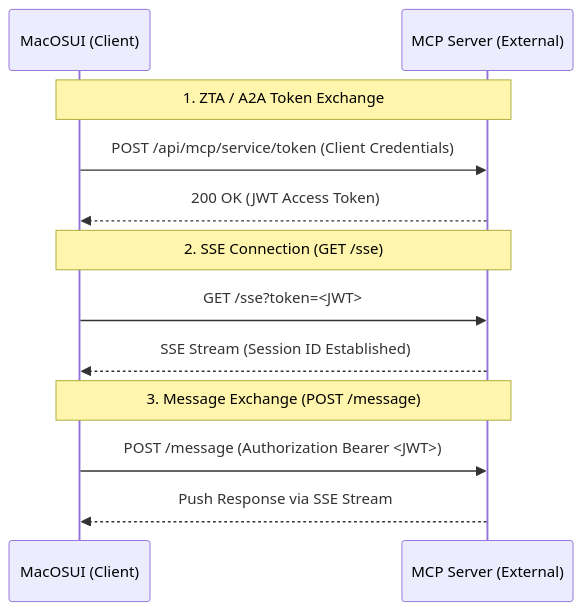
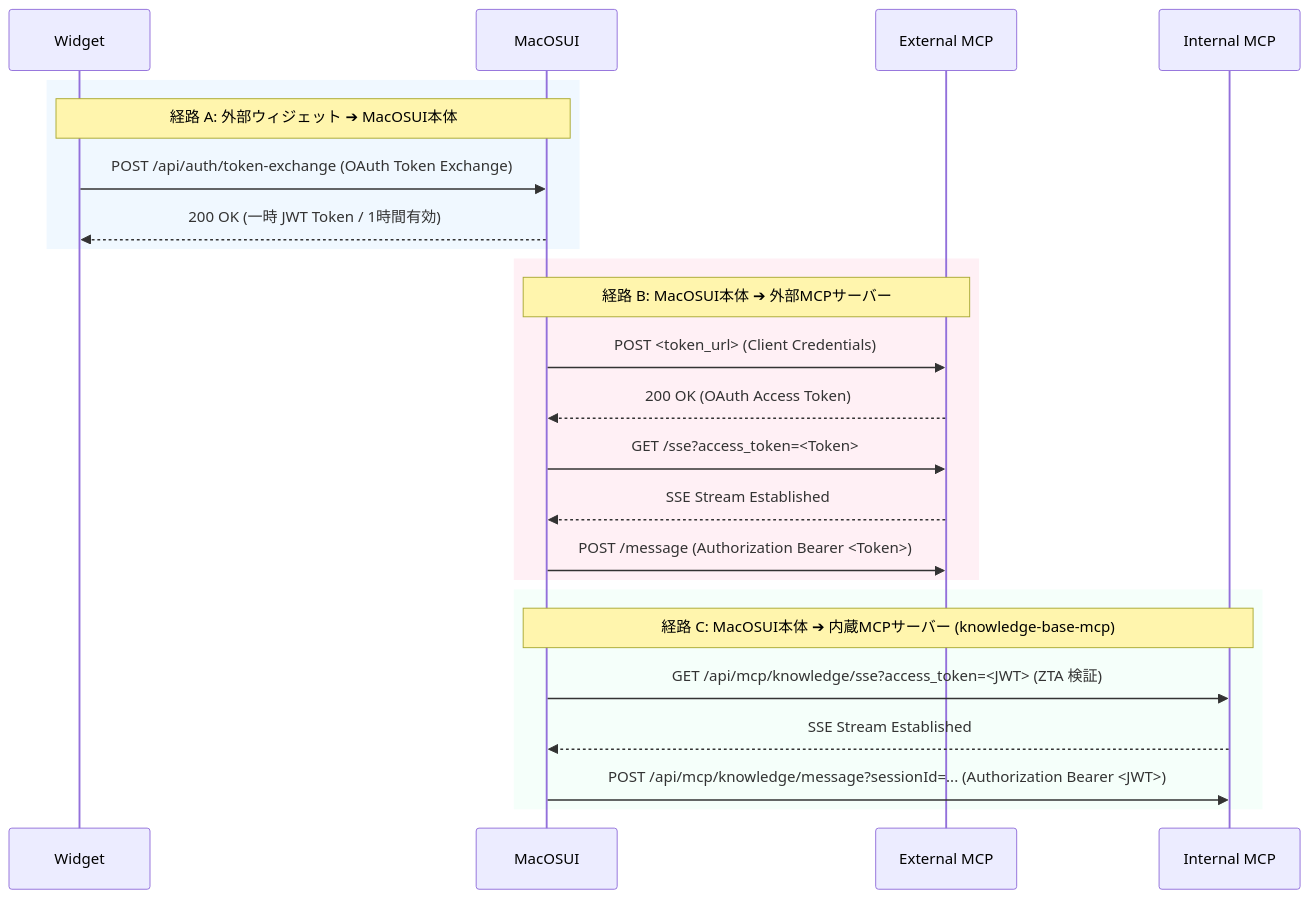
The second of 3 diagrams in docs/macosui_system_guide.md (Techies-T/MacOSUI-Community), drawn with Mermaid before and after one commit. The commit also changed other lines of this file and 3 other files, not shown here.

````diff
--- a/docs/macosui_system_guide.md
+++ b/docs/macosui_system_guide.md
@@ -76,17 +80,24 @@
 ```mermaid
 sequenceDiagram
-    participant Agent as MacOSUI (Client)
-    participant Server as MCP Server (External)
-    
-    Note over Agent, Server: 1. ZTA / A2A Token Exchange
-    Agent->>Server: POST /api/mcp/service/token (Client Credentials)
-    Server-->>Agent: 200 OK (JWT Access Token)
-    
-    Note over Agent, Server: 2. SSE Connection (GET /sse)
-    Agent->>Server: GET /sse?token=<JWT>
-    Server-->>Agent: SSE Stream (Session ID Established)
-    
-    Note over Agent, Server: 3. Message Exchange (POST /message)
-    Agent->>Server: POST /message (Authorization Bearer <JWT>)
-    Server-->>Agent: Push Response via SSE Stream
+    rect rgb(240, 248, 255)
+    Note over Widget, MacOSUI: 経路 A: 外部ウィジェット ➔ MacOSUI本体
+    Widget->>MacOSUI: POST /api/auth/token-exchange (OAuth Token Exchange)
+    MacOSUI-->>Widget: 200 OK (一時 JWT Token / 1時間有効)
+    end
+
+    rect rgb(255, 240, 245)
+    Note over MacOSUI, External MCP: 経路 B: MacOSUI本体 ➔ 外部MCPサーバー
+    MacOSUI->>External MCP: POST <token_url> (Client Credentials)
+    External MCP-->>MacOSUI: 200 OK (OAuth Access Token)
+    MacOSUI->>External MCP: GET /sse?access_token=<Token>
+    External MCP-->>MacOSUI: SSE Stream Established
+    MacOSUI->>External MCP: POST /message (Authorization Bearer <Token>)
+    end
+
+    rect rgb(245, 255, 250)
+    Note over MacOSUI, Internal MCP: 経路 C: MacOSUI本体 ➔ 内蔵MCPサーバー (knowledge-base-mcp)
+    MacOSUI->>Internal MCP: GET /api/mcp/knowledge/sse?access_token=<JWT> (ZTA 検証)
+    Internal MCP-->>MacOSUI: SSE Stream Established
+    MacOSUI->>Internal MCP: POST /api/mcp/knowledge/message?sessionId=... (Authorization Bearer <JWT>)
+    end
 ```
````
